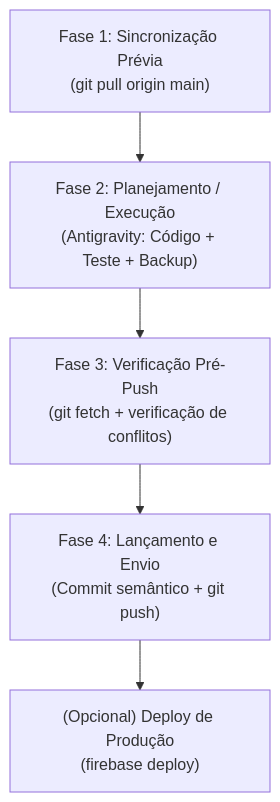
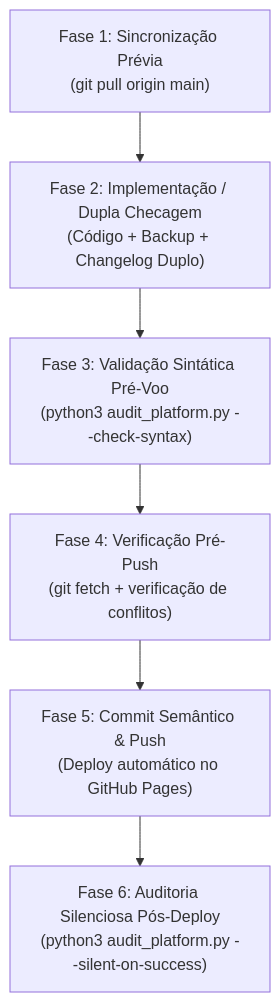
The diagram in WORKFLOW_GITHUB.md (silvabrun0/supervisao-st-crianca), drawn with Mermaid before and after one commit. The commit also changed other lines of this file and 14 other files, not shown here.

````diff
--- a/WORKFLOW_GITHUB.md
+++ b/WORKFLOW_GITHUB.md
@@ -28,7 +27,8 @@
 ```mermaid
 flowchart TD
-    A["Fase 1: Sincronização Prévia<br/>(git pull origin main)"] --> B["Fase 2: Planejamento / Execução<br/>(Antigravity: Código + Teste + Backup)"]
-    B --> C["Fase 3: Verificação Pré-Push<br/>(git fetch + verificação de conflitos)"]
-    C --> D["Fase 4: Lançamento e Envio<br/>(Commit semântico + git push)"]
-    D --> E["(Opcional) Deploy de Produção<br/>(firebase deploy)"]
+    A["Fase 1: Sincronização Prévia<br/>(git pull origin main)"] --> B["Fase 2: Implementação / Dupla Checagem<br/>(Código + Backup + Changelog Duplo)"]
+    B --> C["Fase 3: Validação Sintática Pré-Voo<br/>(python3 audit_platform.py --check-syntax)"]
+    C --> D["Fase 4: Verificação Pré-Push<br/>(git fetch + verificação de conflitos)"]
+    D --> E["Fase 5: Commit Semântico & Push<br/>(Deploy automático no GitHub Pages)"]
+    E --> F["Fase 6: Auditoria Silenciosa Pós-Deploy<br/>(python3 audit_platform.py --silent-on-success)"]
 ```
````
